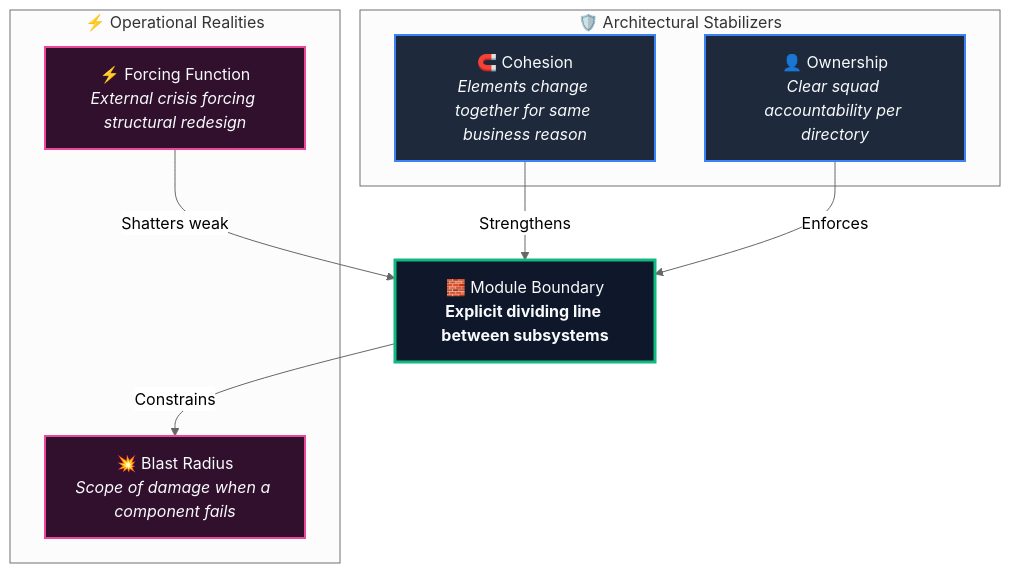
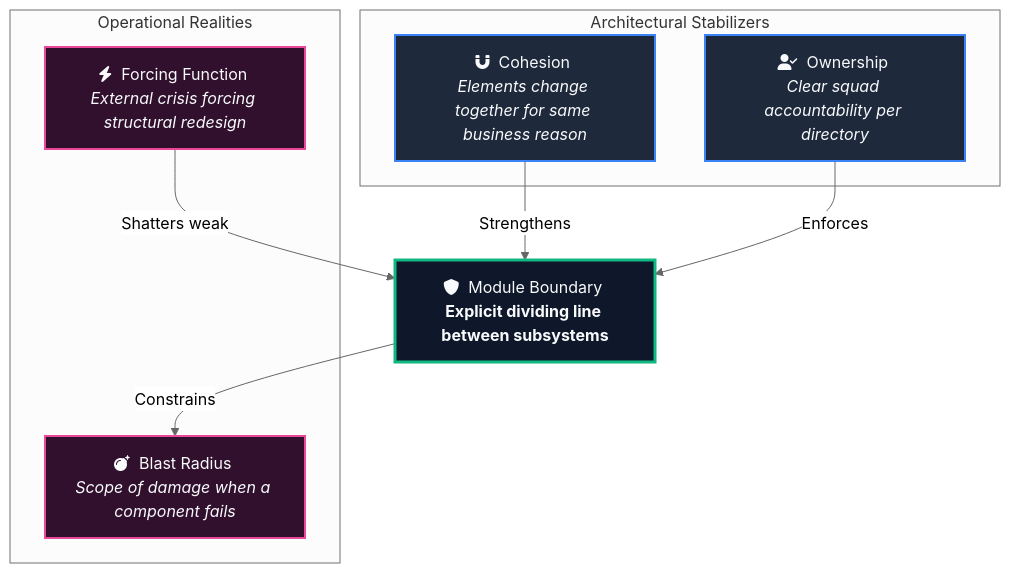
The ninth of 9 diagrams in 01-filestructure/articles/01-your-folder-structure-is-a-message.md (Dustu103/system-design), drawn with Mermaid (neutral theme) before and after one commit. The commit also changed other lines of this file and 1 other file, not shown here.

````diff
--- a/01-filestructure/articles/01-your-folder-structure-is-a-message.md
+++ b/01-filestructure/articles/01-your-folder-structure-is-a-message.md
@@ -267,26 +267,26 @@
 ```mermaid
 flowchart TD
-    subgraph STABILIZERS["🛡️ Architectural Stabilizers"]
-        CO["🧲 Cohesion<br/><i>Elements change together for same business reason</i>"]
-        OW["👤 Ownership<br/><i>Clear squad accountability per directory</i>"]
+    subgraph STABILIZERS["Architectural Stabilizers"]
+        CO["fa:fa-magnet &nbsp;Cohesion&nbsp;<br/><i>Elements change together for same business reason</i>"]
+        OW["fa:fa-user-check &nbsp;Ownership&nbsp;<br/><i>Clear squad accountability per directory</i>"]
     end
 
-    MB["🧱 Module Boundary<br/><b>Explicit dividing line between subsystems</b>"]
+    MB["fa:fa-shield &nbsp;Module Boundary&nbsp;<br/><b>Explicit dividing line between subsystems</b>"]
 
-    subgraph FORCES["⚡ Operational Realities"]
-        BR["💥 Blast Radius<br/><i>Scope of damage when a component fails</i>"]
-        FF["⚡ Forcing Function<br/><i>External crisis forcing structural redesign</i>"]
+    subgraph FORCES["Operational Realities"]
+        BR["fa:fa-bomb &nbsp;Blast Radius&nbsp;<br/><i>Scope of damage when a component fails</i>"]
+        FF["fa:fa-bolt &nbsp;Forcing Function&nbsp;<br/><i>External crisis forcing structural redesign</i>"]
     end
 
     CO -->|"Strengthens"| MB
     OW -->|"Enforces"| MB
     MB -->|"Constrains"| BR
     FF -->|"Shatters weak"| MB
 
     classDef core fill:#1e293b,stroke:#3b82f6,stroke-width:2px,color:#f8fafc;
     classDef boundary fill:#0f172a,stroke:#10b981,stroke-width:3px,color:#f8fafc;
     classDef force fill:#31102e,stroke:#ec4899,stroke-width:2px,color:#f8fafc;
     class CO,OW core;
     class MB boundary;
     class BR,FF force;
 ```
````
